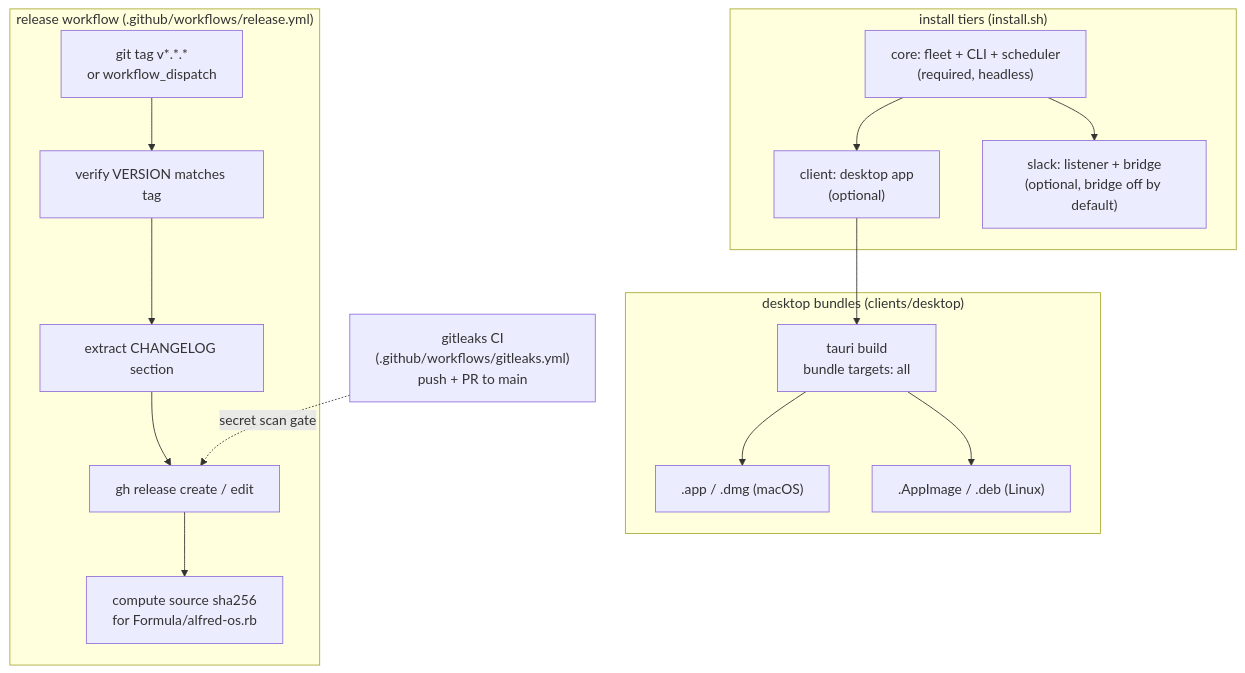
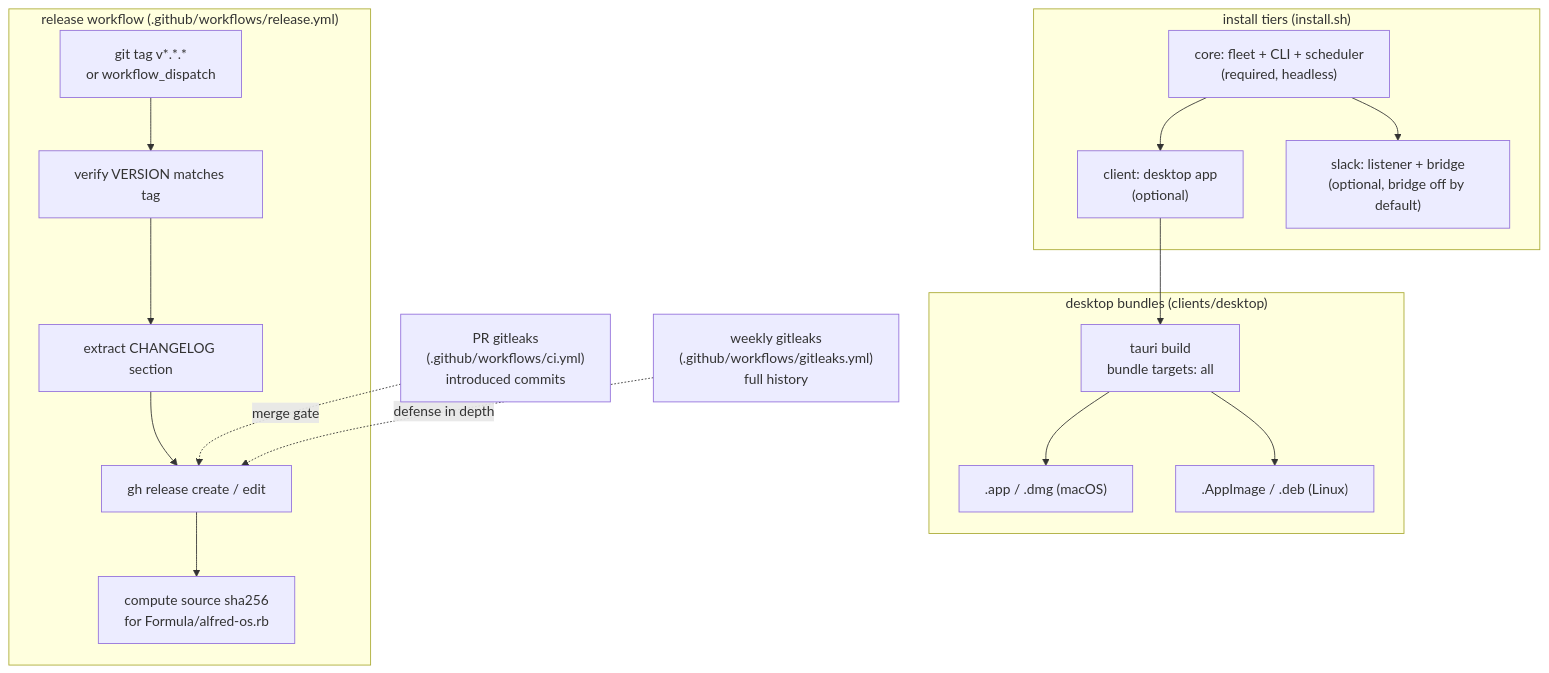
Before and after one commit to luminik-io/alfred: the eighth of 8 diagrams in docs/ARCHITECTURE.md, drawn with Mermaid. The commit also changed other lines of this file and 1 other file, not shown here.

Commit message:
fix(ci): cover configuration test inputs

````diff
--- a/docs/ARCHITECTURE.md
+++ b/docs/ARCHITECTURE.md
@@ -301,32 +301,34 @@
 ```mermaid
 flowchart TD
     subgraph tiers["install tiers (install.sh)"]
         core["core: fleet + CLI + scheduler<br/>(required, headless)"]
         clientTier["client: desktop app<br/>(optional)"]
         slackTier["slack: listener + bridge<br/>(optional, bridge off by default)"]
     end
 
     subgraph build["desktop bundles (clients/desktop)"]
         tauri["tauri build<br/>bundle targets: all"]
         macbun[".app / .dmg (macOS)"]
         linbun[".AppImage / .deb (Linux)"]
     end
 
     subgraph release["release workflow (.github/workflows/release.yml)"]
         tag["git tag v*.*.*<br/>or workflow_dispatch"]
         verify["verify VERSION matches tag"]
         notes["extract CHANGELOG section"]
         ghrel["gh release create / edit"]
         brew["compute source sha256<br/>for Formula/alfred-os.rb"]
     end
 
-    ci["gitleaks CI<br/>(.github/workflows/gitleaks.yml)<br/>push + PR to main"]
+    prscan["PR gitleaks<br/>(.github/workflows/ci.yml)<br/>introduced commits"]
+    historyscan["weekly gitleaks<br/>(.github/workflows/gitleaks.yml)<br/>full history"]
 
     core --> clientTier
     core --> slackTier
     clientTier --> tauri
     tauri --> macbun
     tauri --> linbun
     tag --> verify --> notes --> ghrel --> brew
-    ci -.->|secret scan gate| ghrel
+    prscan -.->|merge gate| ghrel
+    historyscan -.->|defense in depth| ghrel
 ```
````
